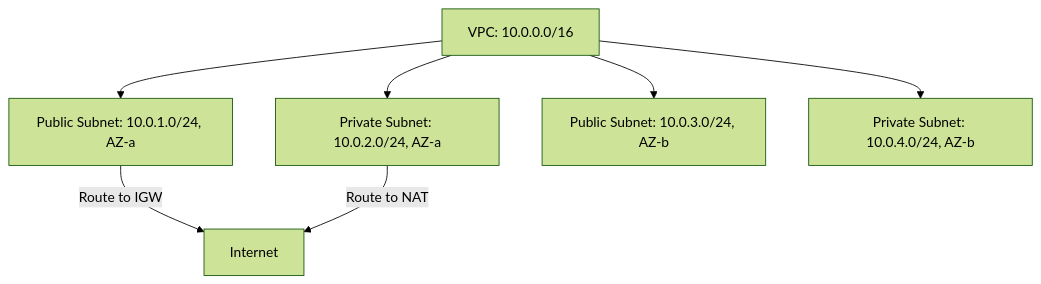
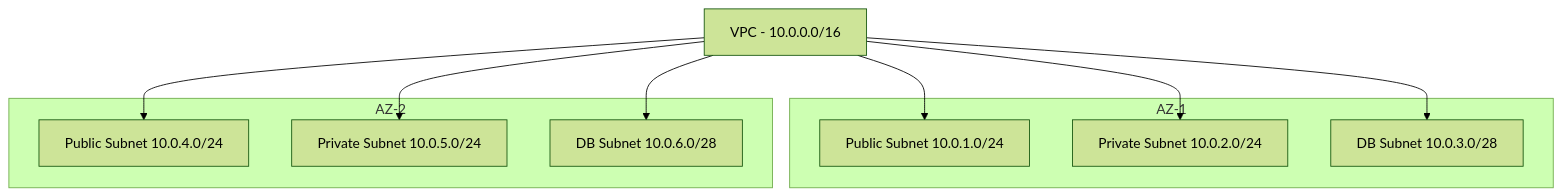
Before and after one commit to vanos001/placement_prep: the second of 10 diagrams in src/cloud/aws/vpc.md, drawn with Mermaid (forest theme). The commit also changed other lines of this file and 24 other files, not shown here.

````diff
--- a/src/cloud/aws/vpc.md
+++ b/src/cloud/aws/vpc.md
@@ -53,10 +53,23 @@
 ```mermaid
-graph TD
-    VPC[VPC: 10.0.0.0/16] --> SUB1[Public Subnet: 10.0.1.0/24, AZ-a]
-    VPC --> SUB2[Private Subnet: 10.0.2.0/24, AZ-a]
-    VPC --> SUB3[Public Subnet: 10.0.3.0/24, AZ-b]
-    VPC --> SUB4[Private Subnet: 10.0.4.0/24, AZ-b]
+graph TB
+    VPC_SUB[VPC - 10.0.0.0/16]
 
-    SUB1 -->|Route to IGW| INTERNET[Internet]
-    SUB2 -->|Route to NAT| INTERNET
+    subgraph "AZ-1"
+        PUB1[Public Subnet 10.0.1.0/24]
+        PRIV1[Private Subnet 10.0.2.0/24]
+        DB1[DB Subnet 10.0.3.0/28]
+    end
+
+    subgraph "AZ-2"
+        PUB2[Public Subnet 10.0.4.0/24]
+        PRIV2[Private Subnet 10.0.5.0/24]
+        DB2[DB Subnet 10.0.6.0/28]
+    end
+
+    VPC_SUB --> PUB1
+    VPC_SUB --> PRIV1
+    VPC_SUB --> DB1
+    VPC_SUB --> PUB2
+    VPC_SUB --> PRIV2
+    VPC_SUB --> DB2
 ```
````
